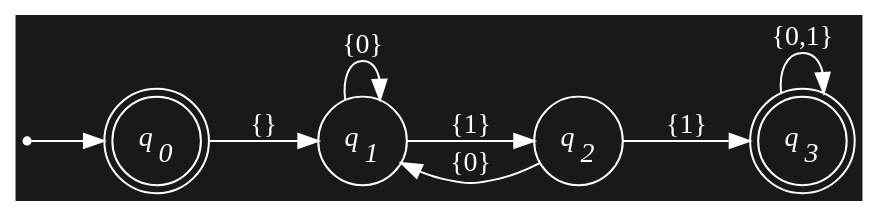
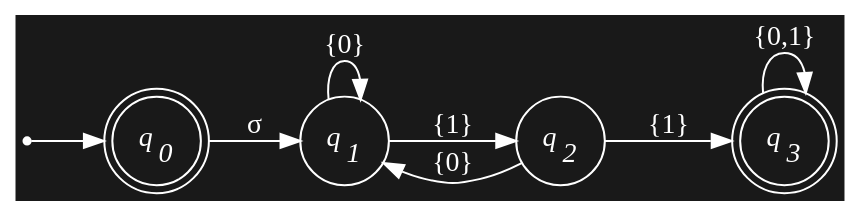
One commit to cd-public/compute changed diagram 13 of 14 in qmd/src/closures.qmd. Above: the diagram before and after it, drawn with Graphviz. The commit also changed other lines of this file and 24 other files, not shown here.

````diff
--- a/qmd/src/closures.qmd
+++ b/qmd/src/closures.qmd
@@ -614,23 +615,23 @@
 ```{dot filename="Finite Automata"}
 //| echo: false
 digraph finite_automata {
   rankdir=LR; bgcolor="#191919";
   node [fontcolor = "#ffffff", color = "#ffffff"]
   edge [color = "#ffffff",fontcolor = "#ffffff"]
 
   node [shape=circle];
   d0 [label="",shape=point]; 
   q0 [label=<<I>q<SUB>0</SUB></I>>, shape=doublecircle];
   q1 [label=<<I>q<SUB>1</SUB></I>>];
   q2 [label=<<I>q<SUB>2</SUB></I>>];
   q3 [label=<<I>q<SUB>3</SUB></I>>, shape=doublecircle]; 
 
   d0 -> q0
-  q0 -> q1 [label="{}"];
+  q0 -> q1 [label="σ"];
   q1 -> q1 [label="{0}"];
   q1 -> q2 [label="{1}"];
   q2 -> q1 [label="{0}"];
   q2 -> q3 [label="{1}"];
   q3 -> q3 [label="{0,1}"];
 }
 ```
````
